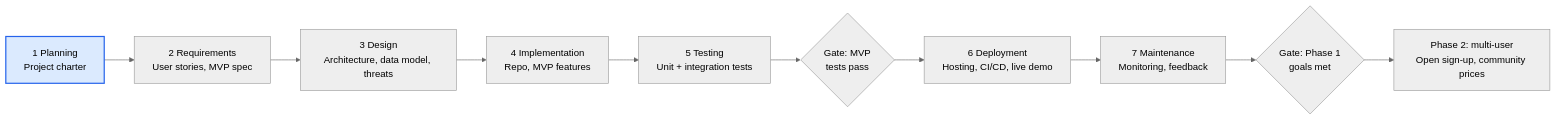
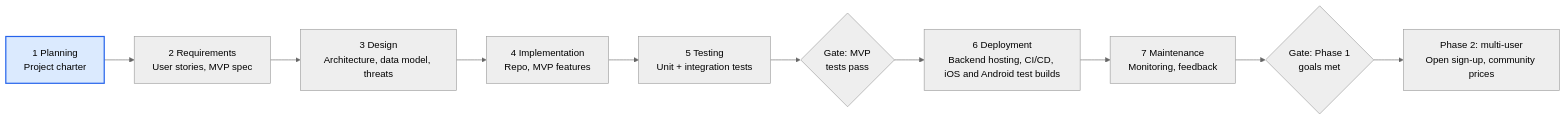
One commit to aidantracy/Costco30DayPriceMatchApp changed the diagram in docs/project-charter.md. Above: the diagram before and after it, drawn with Mermaid (neutral theme). The commit also changed other lines of this file and 1 other file, not shown here.

First line of the commit message:
docs: scope charter to ios and android app

````diff
--- a/docs/project-charter.md
+++ b/docs/project-charter.md
@@ -138,11 +144,11 @@
 ```mermaid
 flowchart LR
     P1["1 Planning<br/>Project charter"]:::now --> P2["2 Requirements<br/>User stories, MVP spec"]
     P2 --> P3["3 Design<br/>Architecture, data model, threats"]
     P3 --> P4["4 Implementation<br/>Repo, MVP features"]
     P4 --> P5["5 Testing<br/>Unit + integration tests"]
-    P5 --> G1{"Gate: MVP<br/>tests pass"} --> P6["6 Deployment<br/>Hosting, CI/CD, live demo"]
+    P5 --> G1{"Gate: MVP<br/>tests pass"} --> P6["6 Deployment<br/>Backend hosting, CI/CD, iOS and Android test builds"]
     P6 --> P7["7 Maintenance<br/>Monitoring, feedback"]
     P7 --> G2{"Gate: Phase 1<br/>goals met"} --> PH2["Phase 2: multi-user<br/>Open sign-up, community prices"]
     classDef now fill:#dbeafe,stroke:#2563eb,stroke-width:2px
 ```
````
